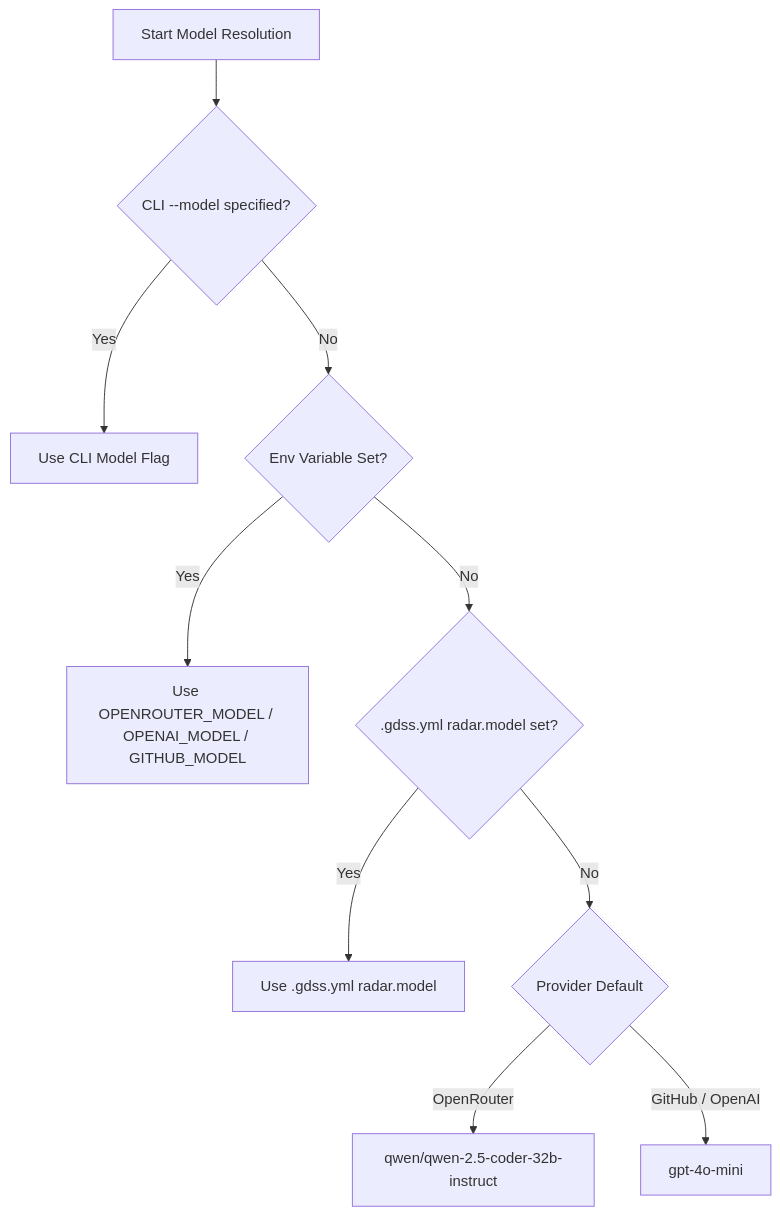
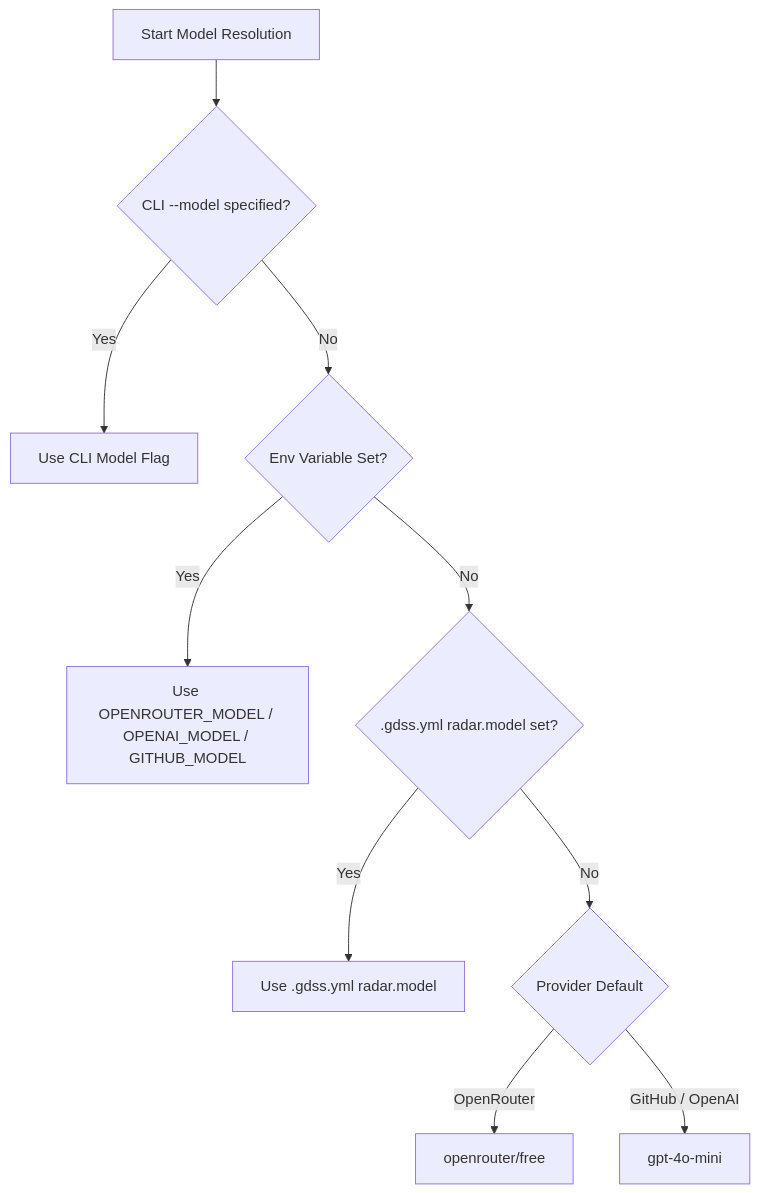
The diagram in docs/CONFIGURATION_GUIDE.md (Sarthak2233/gdss-radar), drawn with Mermaid before and after one commit. The commit also changed other lines of this file and 4 other files, not shown here.

Commit message:
fix: align marketplace sample with action.yml, pin runner:v1, update openrouter/free default

````diff
--- a/docs/CONFIGURATION_GUIDE.md
+++ b/docs/CONFIGURATION_GUIDE.md
@@ -620,12 +620,12 @@
 ```mermaid
 graph TD
     A[Start Model Resolution] --> B{CLI --model specified?}
     B -- Yes --> R1[Use CLI Model Flag]
     B -- No --> C{Env Variable Set?}
     C -- Yes --> R2[Use OPENROUTER_MODEL / OPENAI_MODEL / GITHUB_MODEL]
     C -- No --> D{.gdss.yml radar.model set?}
     D -- Yes --> R3[Use .gdss.yml radar.model]
     D -- No --> E{Provider Default}
-    E -->|OpenRouter| R4[qwen/qwen-2.5-coder-32b-instruct]
+    E -->|OpenRouter| R4[openrouter/free]
     E -->|GitHub / OpenAI| R5[gpt-4o-mini]
 ```
````
